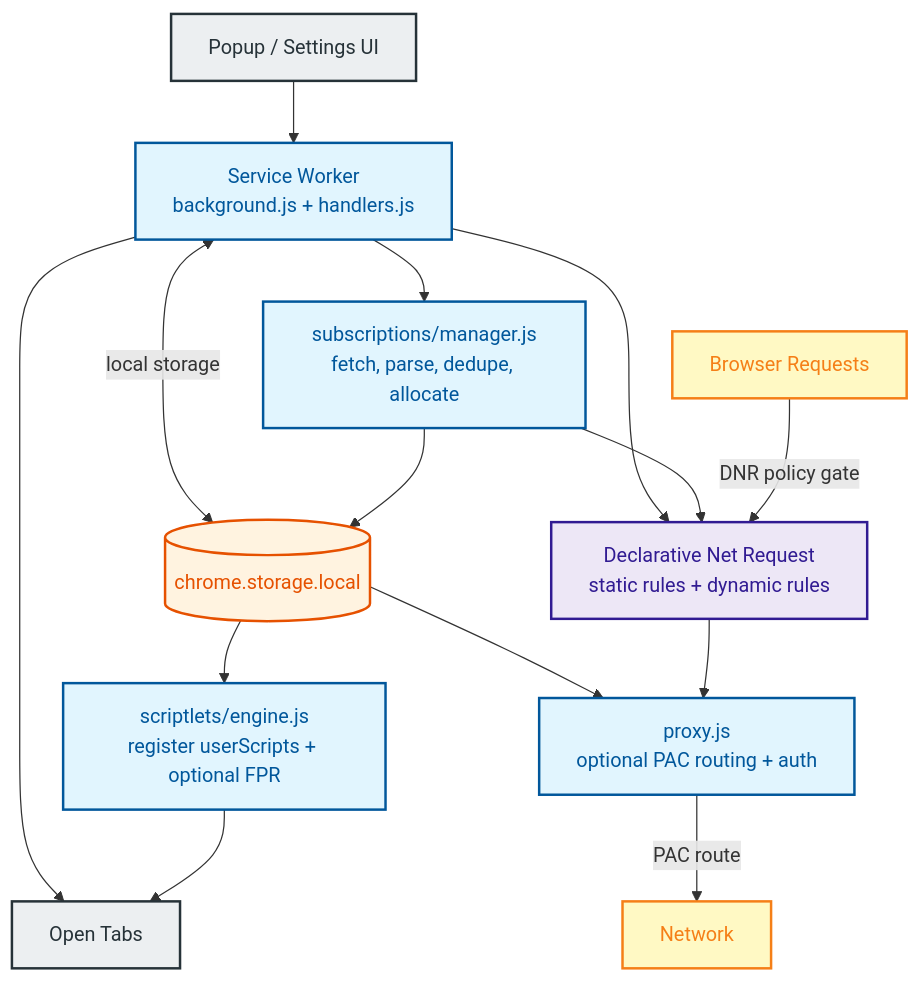
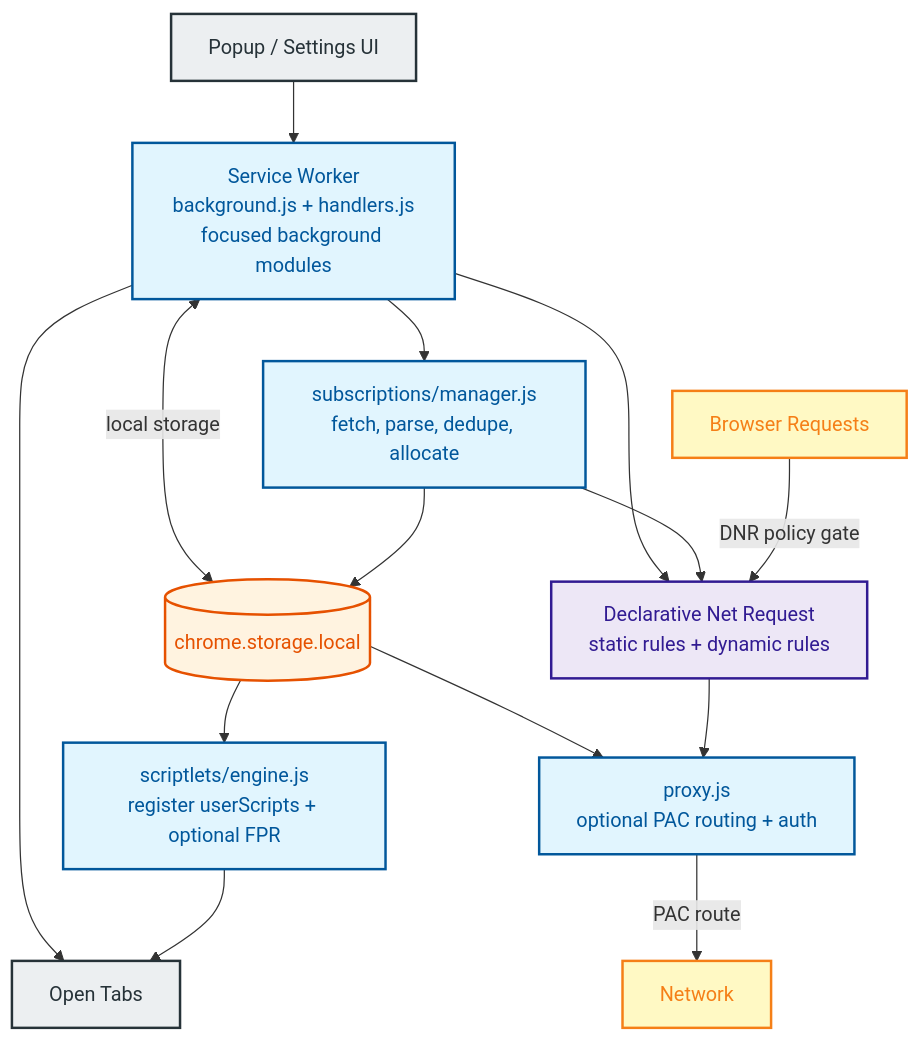
Before and after one commit to Dabrogost/Chroma-Ad-Blocker: the second of 2 diagrams in README.md, drawn with Mermaid. The commit also changed other lines of this file and 2 other files, not shown here.

Commit message:
Cleaning pass

````diff
--- a/README.md
+++ b/README.md
@@ -89,35 +89,35 @@
 ```mermaid
 graph TD
     classDef sw fill:#e1f5fe,color:#01579b,stroke:#01579b,stroke-width:2px
     classDef storage fill:#fff3e0,color:#e65100,stroke:#e65100,stroke-width:2px
     classDef dnr fill:#ede7f6,color:#311b92,stroke:#311b92,stroke-width:2px
     classDef browser fill:#fff9c4,color:#f57f17,stroke:#f57f17,stroke-width:2px
     classDef actor fill:#eceff1,color:#263238,stroke:#263238,stroke-width:2px
 
     UI["Popup / Settings UI"]:::actor
-    SW["Service Worker<br/>background.js + handlers.js"]:::sw
+    SW["Service Worker<br/>background.js + handlers.js<br/>focused background modules"]:::sw
     STORE[("chrome.storage.local")]:::storage
     SUBS["subscriptions/manager.js<br/>fetch, parse, dedupe, allocate"]:::sw
     SCRIPTS["scriptlets/engine.js<br/>register userScripts + optional FPR"]:::sw
     DNR["Declarative Net Request<br/>static rules + dynamic rules"]:::dnr
     PROXY["proxy.js<br/>optional PAC routing + auth"]:::sw
     REQ["Browser Requests"]:::browser
     NET["Network"]:::browser
     TABS["Open Tabs"]:::actor
 
     UI --> SW
     SW <-->|"local storage"| STORE
     SW --> TABS
     SW --> DNR
 
     SW --> SUBS
     SUBS --> DNR
     SUBS --> STORE
     STORE --> SCRIPTS
     SCRIPTS --> TABS
 
     STORE --> PROXY
     REQ -->|"DNR policy gate"| DNR
     DNR --> PROXY
     PROXY -->|"PAC route"| NET
 ```
````
